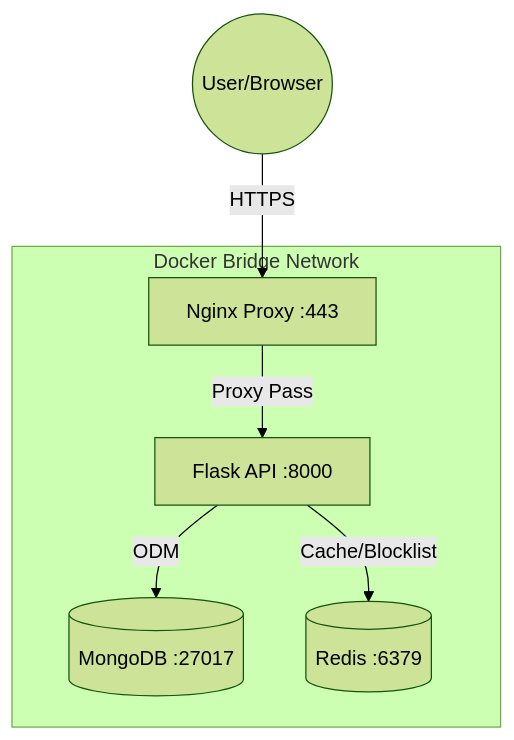
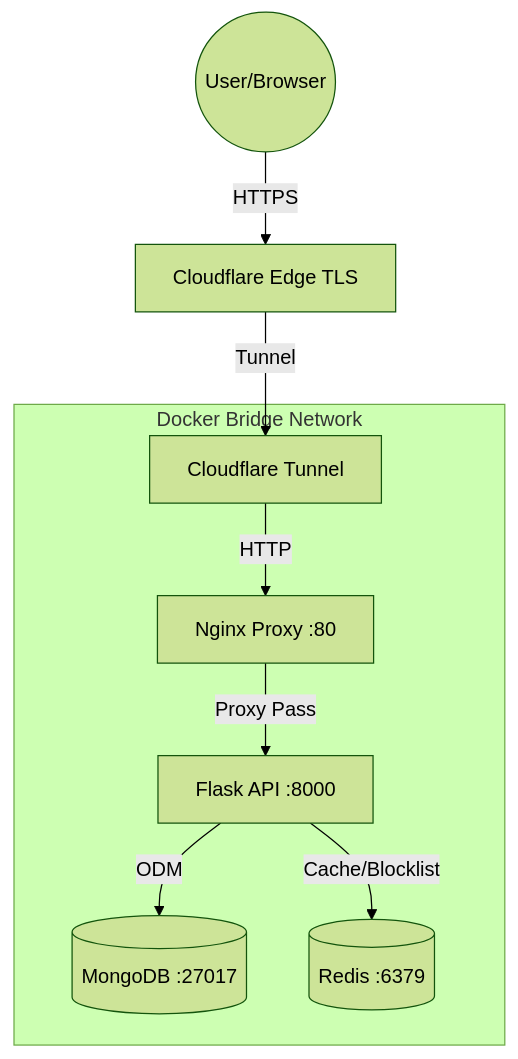
One commit to SpencerChristopher/FlaskWeb_Project_Root changed the first of 2 diagrams in docs/ARCHITECTURE.md. Above: the diagram before and after it, drawn with Mermaid (forest theme). The commit also changed other lines of this file and 28 other files, not shown here.

First line of the commit message:
Infrastructure: integrate Cloudflare Tunnel for secure staging and modernize env config

````diff
--- a/docs/ARCHITECTURE.md
+++ b/docs/ARCHITECTURE.md
@@ -9,16 +9,20 @@
 ```mermaid
 graph TD
     User((User/Browser))
+    CF[Cloudflare Edge TLS]
     
     subgraph Docker_Network [Docker Bridge Network]
-        Nginx[Nginx Proxy :443]
+        Tunnel[Cloudflare Tunnel]
+        Nginx[Nginx Proxy :80]
         Flask[Flask API :8000]
         Mongo[(MongoDB :27017)]
         Redis[(Redis :6379)]
     end
 
-    User -- HTTPS --> Nginx
+    User -- HTTPS --> CF
+    CF -- Tunnel --> Tunnel
+    Tunnel -- HTTP --> Nginx
     Nginx -- Proxy Pass --> Flask
     Flask -- ODM --> Mongo
     Flask -- Cache/Blocklist --> Redis
 ```
````
